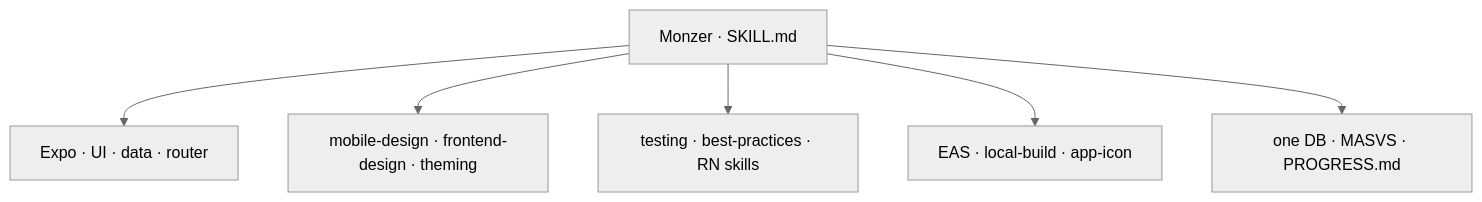
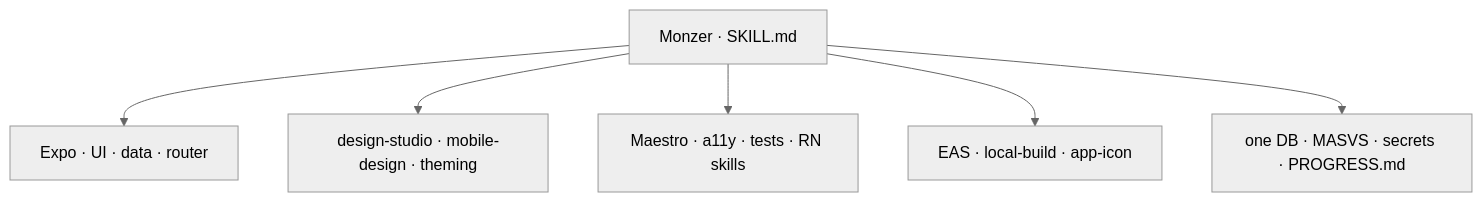
One commit to moonr5/monzer-mobile-skill changed the third of 4 diagrams in README.md. Above: the diagram before and after it, drawn with Mermaid (neutral theme). The commit also changed other lines of this file and 7 other files, not shown here.

````diff
--- a/README.md
+++ b/README.md
@@ -125,9 +90,9 @@
 ```mermaid
 flowchart TB
   MASTER[Monzer · SKILL.md]
   MASTER --> EXPO[Expo · UI · data · router]
-  MASTER --> DESIGN[mobile-design · frontend-design · theming]
-  MASTER --> QUALITY[testing · best-practices · RN skills]
+  MASTER --> DESIGN[design-studio · mobile-design · theming]
+  MASTER --> QUALITY[Maestro · a11y · tests · RN skills]
   MASTER --> SHIP[EAS · local-build · app-icon]
-  MASTER --> RULES[one DB · MASVS · PROGRESS.md]
+  MASTER --> RULES[one DB · MASVS · secrets · PROGRESS.md]
 ```
````
